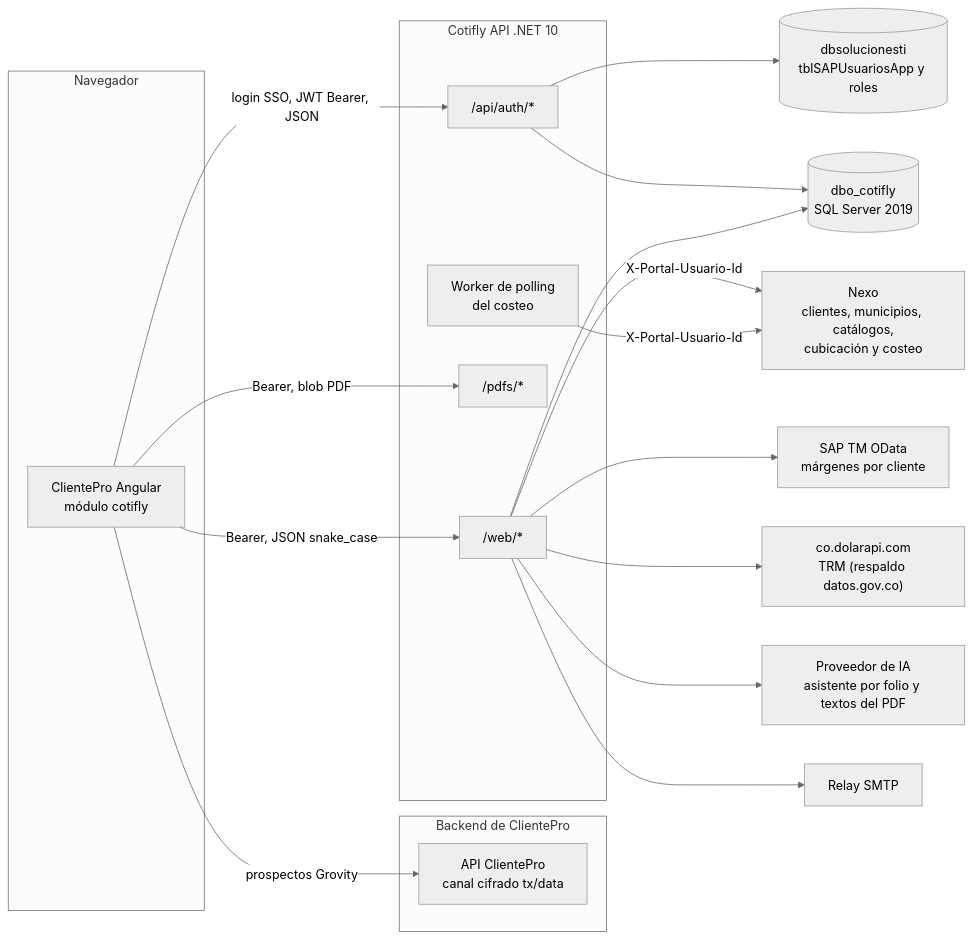
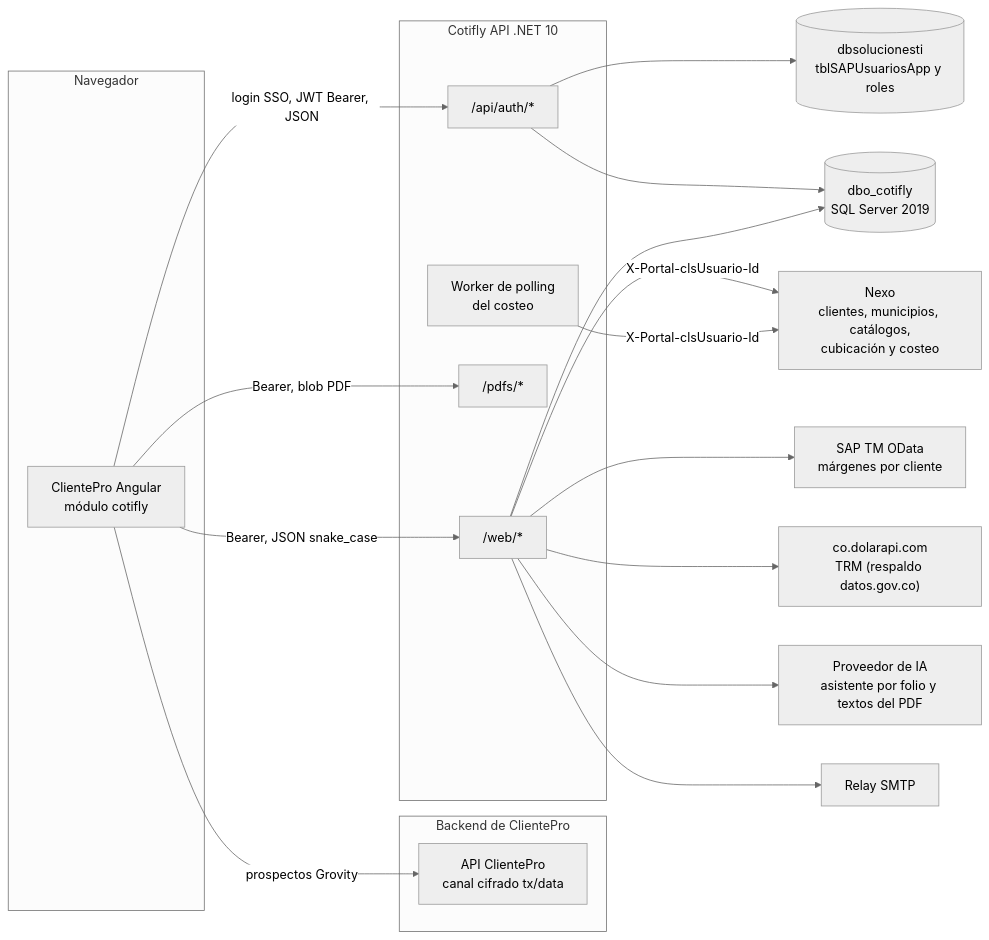
Before and after one commit to InnovacionIA-proyectos/Cotifly: the first of 11 diagrams in docs/docs_front/GUIA_FRONTEND_COTIFLY.md, drawn with Mermaid (neutral theme). The commit also changed other lines of this file and 37 other files, not shown here.

````diff
--- a/docs/docs_front/GUIA_FRONTEND_COTIFLY.md
+++ b/docs/docs_front/GUIA_FRONTEND_COTIFLY.md
@@ -66,36 +66,36 @@
 ```mermaid
 flowchart LR
     subgraph Navegador
         FE["ClientePro Angular<br/>módulo cotifly"]
     end
     subgraph BackendClientePro["Backend de ClientePro"]
         CPB["API ClientePro<br/>canal cifrado tx/data"]
     end
     subgraph Cotifly["Cotifly API .NET 10"]
         AUTH["/api/auth/*"]
         WEB["/web/*"]
         PDF["/pdfs/*"]
         WRK["Worker de polling<br/>del costeo"]
     end
     DBS[("dbsolucionesti<br/>tblSAPUsuariosApp y roles")]
     DBC[("dbo_cotifly<br/>SQL Server 2019")]
     NEXO["Nexo<br/>clientes, municipios, catálogos,<br/>cubicación y costeo"]
     SAP["SAP TM OData<br/>márgenes por cliente"]
     TRM["co.dolarapi.com<br/>TRM (respaldo datos.gov.co)"]
     IA["Proveedor de IA<br/>asistente por folio y textos del PDF"]
     SMTP["Relay SMTP"]
 
     FE -- "login SSO, JWT Bearer, JSON" --> AUTH
     FE -- "Bearer, JSON snake_case" --> WEB
     FE -- "Bearer, blob PDF" --> PDF
     FE -- "prospectos Grovity" --> CPB
     AUTH --> DBS
     AUTH --> DBC
     WEB --> DBC
-    WEB -- "X-Portal-Usuario-Id" --> NEXO
-    WRK -- "X-Portal-Usuario-Id" --> NEXO
+    WEB -- "X-Portal-clsUsuario-Id" --> NEXO
+    WRK -- "X-Portal-clsUsuario-Id" --> NEXO
     WEB --> SAP
     WEB --> TRM
     WEB --> IA
     WEB --> SMTP
 ```
````
